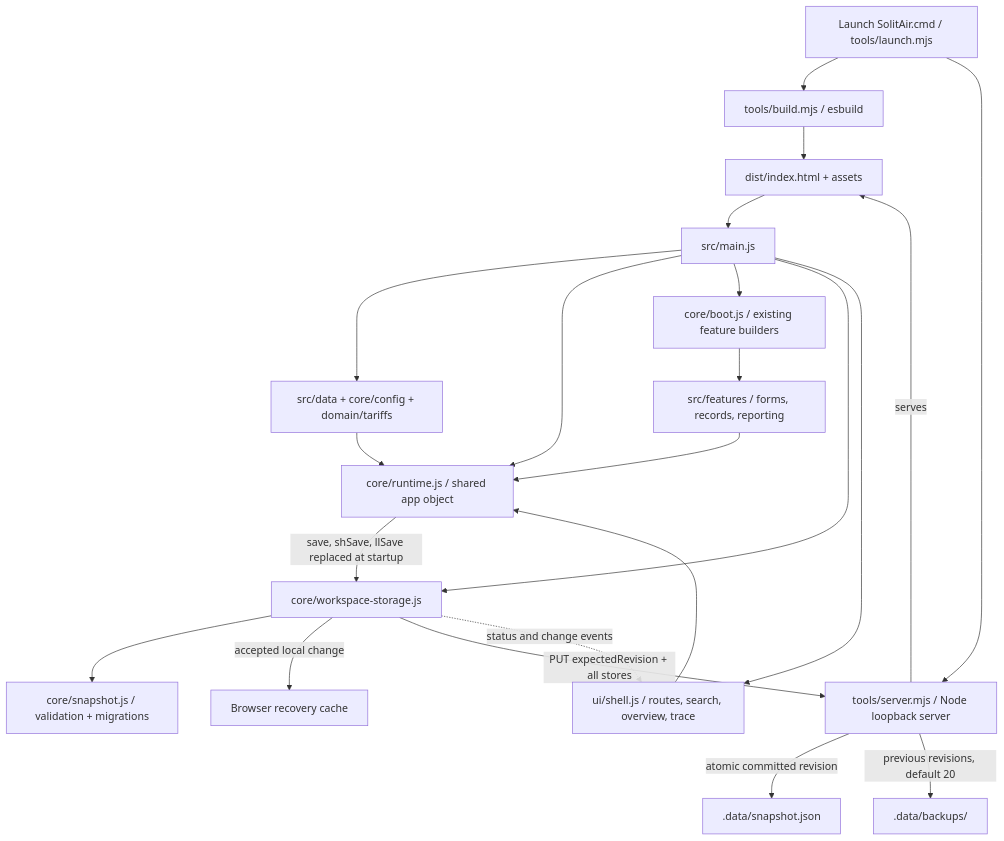
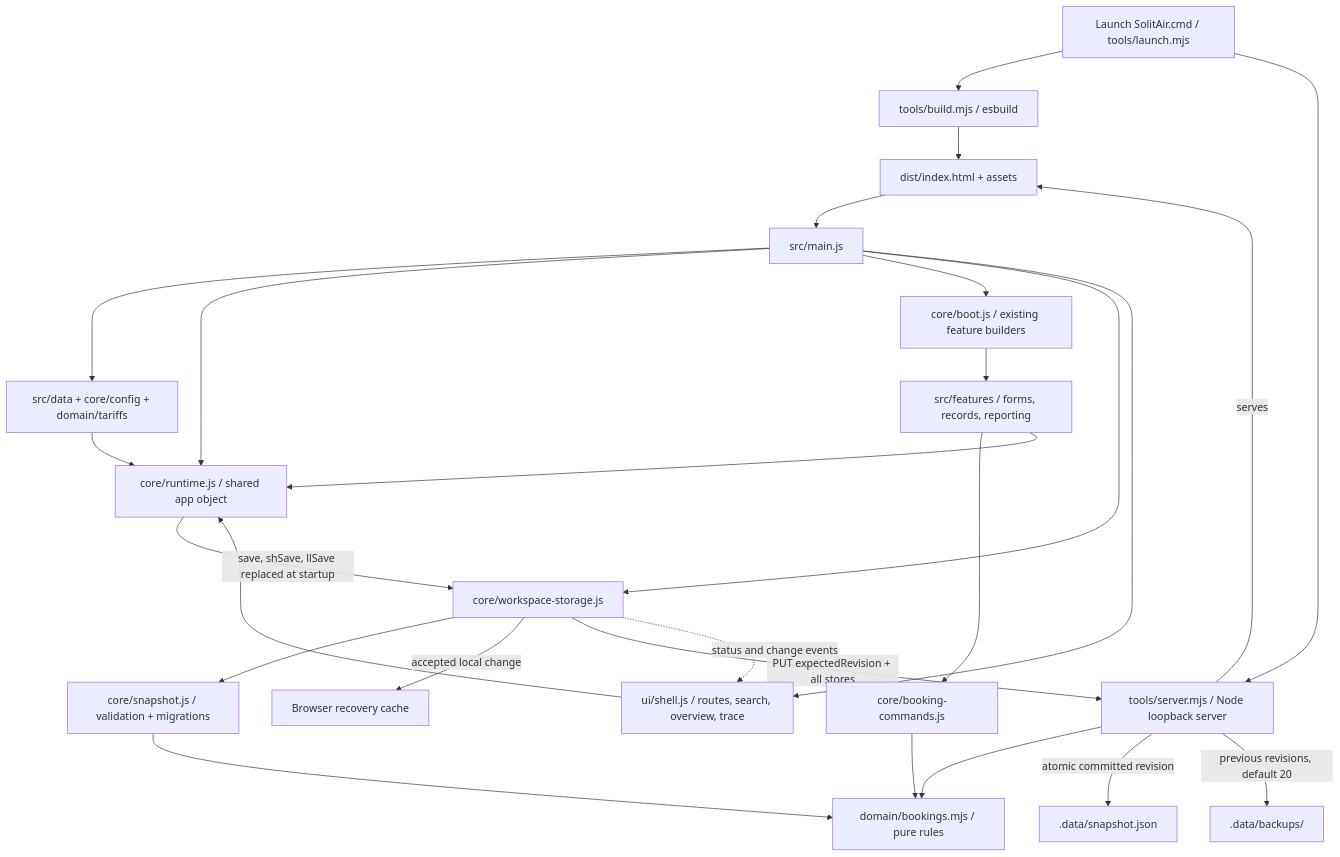
One commit to nre17/Buddy-Audit changed the first of 2 diagrams in docs/revamp/system-map.md. Above: the diagram before and after it, drawn with Mermaid. The commit also changed other lines of this file and 26 other files, not shown here.

````diff
--- a/docs/revamp/system-map.md
+++ b/docs/revamp/system-map.md
@@ -9,24 +9,28 @@
 ```mermaid
 flowchart TD
   Launcher[Launch SolitAir.cmd / tools/launch.mjs] --> Build[tools/build.mjs / esbuild]
   Build --> Dist[dist/index.html + assets]
   Launcher --> Server[tools/server.mjs / Node loopback server]
   Server -->|serves| Dist
   Dist --> Main[src/main.js]
   Main --> Data[src/data + core/config + domain/tariffs]
   Main --> Runtime[core/runtime.js / shared app object]
   Main --> Boot[core/boot.js / existing feature builders]
   Main --> Storage[core/workspace-storage.js]
   Storage --> Schema[core/snapshot.js / validation + migrations]
   Boot --> Features[src/features / forms, records, reporting]
+  Features --> BookingCommands[core/booking-commands.js]
+  BookingCommands --> BookingDomain[domain/bookings.mjs / pure rules]
+  Schema --> BookingDomain
+  Server --> BookingDomain
   Main --> Shell[ui/shell.js / routes, search, overview, trace]
   Features --> Runtime
   Shell --> Runtime
   Data --> Runtime
   Runtime -->|save, shSave, llSave replaced at startup| Storage
   Storage -->|accepted local change| Cache[Browser recovery cache]
   Storage -->|PUT expectedRevision + all stores| Server
   Server -->|atomic committed revision| Disk[.data/snapshot.json]
   Server -->|previous revisions, default 20| Backups[.data/backups/]
   Storage -.->|status and change events| Shell
 ```
````
